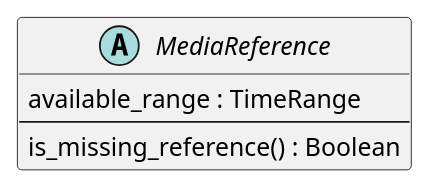
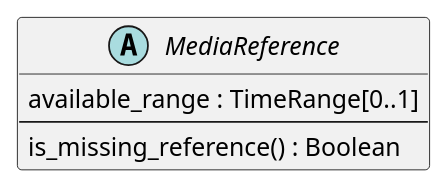
Diagram 18 of 32 in src/main/md/otio-core.md (sandflow/otio-core-specification), drawn with PlantUML before and after one commit. The commit also changed other lines of this file and 11 other files, not shown here.

Commit message:
Updated schema per test material

````diff
--- a/src/main/md/otio-core.md
+++ b/src/main/md/otio-core.md
@@ -1171,13 +1149,13 @@
 ```puml
 @startuml
 hide empty members
 skinparam classAttributeIconSize 0
 
 abstract class MediaReference {
-  available_range : TimeRange
+  available_range : TimeRange[0..1]
   --
   is_missing_reference() : Boolean
 }
 
 @enduml
 ```
````
